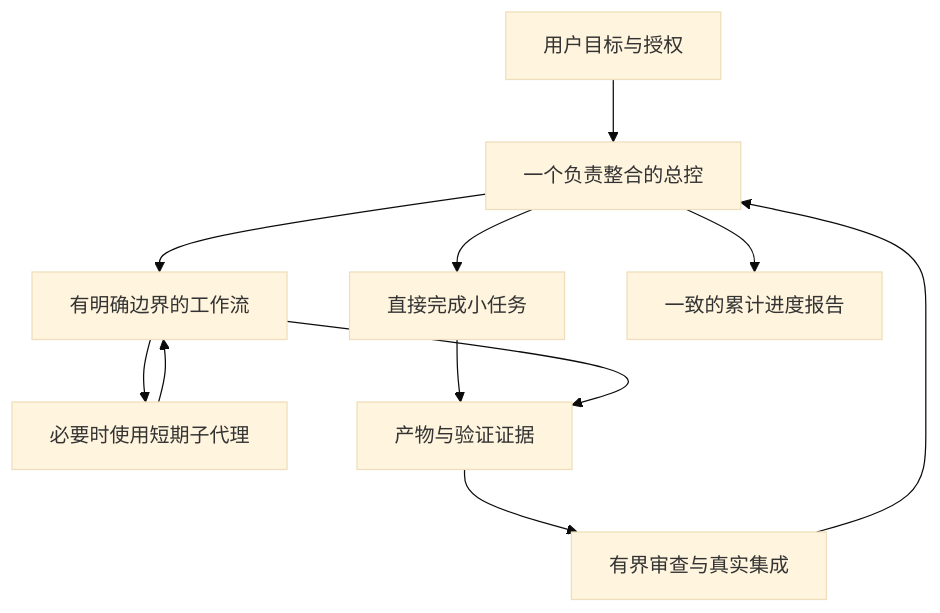
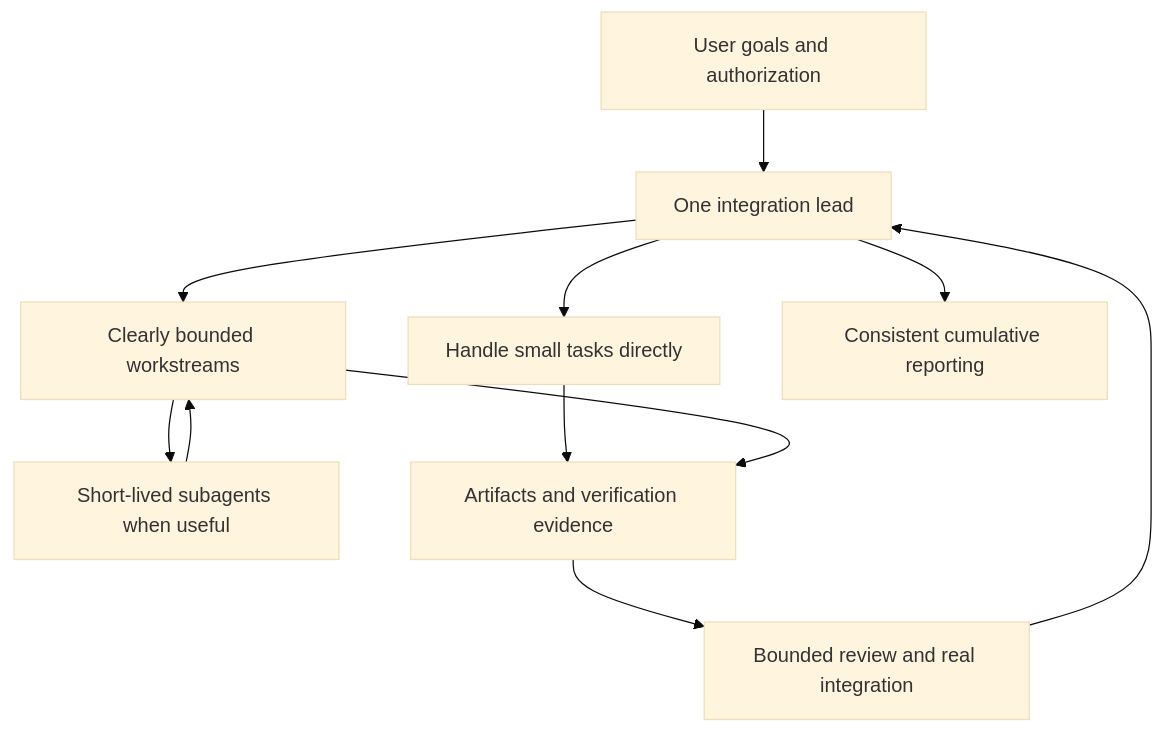
One commit to Eloiseyt/project-coordination changed the diagram in README.md. Above: the diagram before and after it, drawn with Mermaid (base theme). The commit also changed other lines of this file and 12 other files, not shown here.

````diff
--- a/README.md
+++ b/README.md
@@ -19,13 +21,13 @@
 ```mermaid
 flowchart TD
-  U[用户目标与授权] --> L[一个负责整合的总控]
-  L --> D[直接完成小任务]
-  L --> W[有明确边界的工作流]
-  W --> S[必要时使用短期子代理]
-  D --> E[产物与验证证据]
+  U[User goals and authorization] --> L[One integration lead]
+  L --> D[Handle small tasks directly]
+  L --> W[Clearly bounded workstreams]
+  W --> S[Short-lived subagents when useful]
+  D --> E[Artifacts and verification evidence]
   S --> W
   W --> E
-  E --> R[有界审查与真实集成]
+  E --> R[Bounded review and real integration]
   R --> L
-  L --> P[一致的累计进度报告]
+  L --> P[Consistent cumulative reporting]
 ```
````
